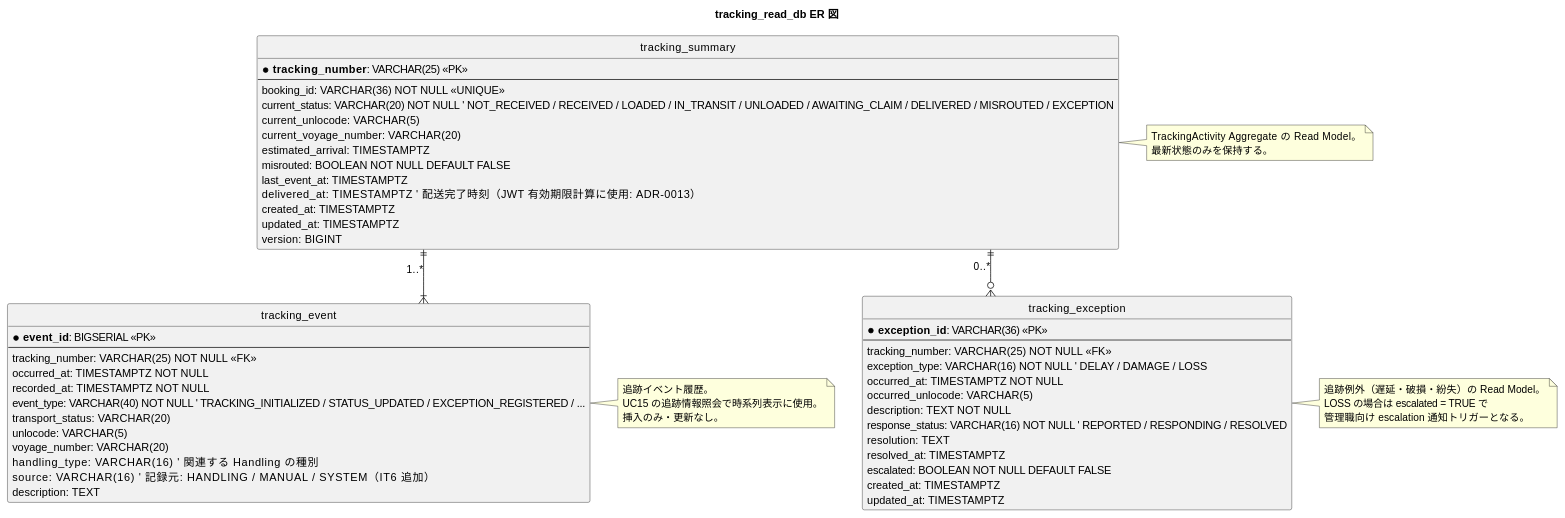
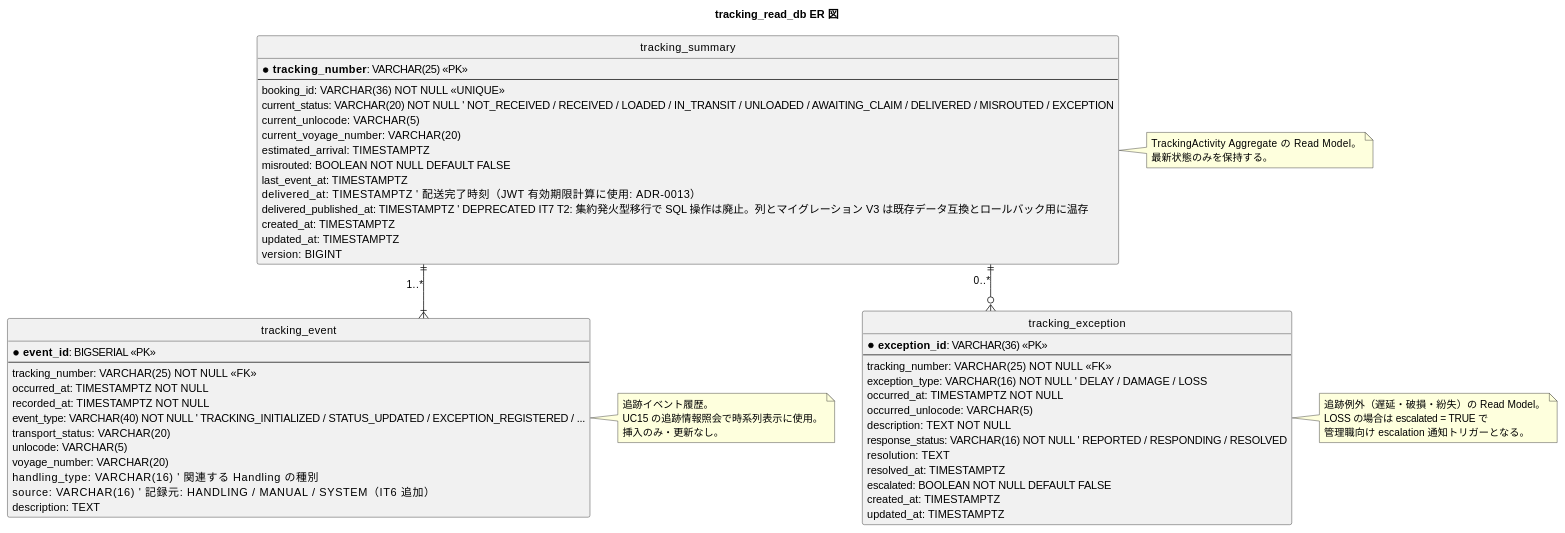
The fifth of 8 diagrams in docs/design/data-model.md (k2works/case-study-cargo-tracker), drawn with PlantUML before and after one commit. The commit also changed 3 other files, not shown here.

````diff
--- a/docs/design/data-model.md
+++ b/docs/design/data-model.md
@@ -526,75 +526,76 @@
 ```plantuml
 @startuml
 title tracking_read_db ER 図
 
 hide circle
 skinparam linetype ortho
 
 entity "tracking_summary" as ts {
   * **tracking_number**: VARCHAR(25) <<PK>>
   --
   booking_id: VARCHAR(36) NOT NULL <<UNIQUE>>
   current_status: VARCHAR(20) NOT NULL ' NOT_RECEIVED / RECEIVED / LOADED / IN_TRANSIT / UNLOADED / AWAITING_CLAIM / DELIVERED / MISROUTED / EXCEPTION
   current_unlocode: VARCHAR(5)
   current_voyage_number: VARCHAR(20)
   estimated_arrival: TIMESTAMPTZ
   misrouted: BOOLEAN NOT NULL DEFAULT FALSE
   last_event_at: TIMESTAMPTZ
   delivered_at: TIMESTAMPTZ          ' 配送完了時刻（JWT 有効期限計算に使用: ADR-0013）
+  delivered_published_at: TIMESTAMPTZ ' DEPRECATED IT7 T2: 集約発火型移行で SQL 操作は廃止。列とマイグレーション V3 は既存データ互換とロールバック用に温存
   created_at: TIMESTAMPTZ
   updated_at: TIMESTAMPTZ
   version: BIGINT
 }
 
 entity "tracking_event" as te {
   * **event_id**: BIGSERIAL <<PK>>
   --
   tracking_number: VARCHAR(25) NOT NULL <<FK>>
   occurred_at: TIMESTAMPTZ NOT NULL
   recorded_at: TIMESTAMPTZ NOT NULL
   event_type: VARCHAR(40) NOT NULL ' TRACKING_INITIALIZED / STATUS_UPDATED / EXCEPTION_REGISTERED / ...
   transport_status: VARCHAR(20)
   unlocode: VARCHAR(5)
   voyage_number: VARCHAR(20)
   handling_type: VARCHAR(16)         ' 関連する Handling の種別
   source: VARCHAR(16)                ' 記録元: HANDLING / MANUAL / SYSTEM（IT6 追加）
   description: TEXT
 }
 
 entity "tracking_exception" as ex {
   * **exception_id**: VARCHAR(36) <<PK>>
   --
   tracking_number: VARCHAR(25) NOT NULL <<FK>>
   exception_type: VARCHAR(16) NOT NULL ' DELAY / DAMAGE / LOSS
   occurred_at: TIMESTAMPTZ NOT NULL
   occurred_unlocode: VARCHAR(5)
   description: TEXT NOT NULL
   response_status: VARCHAR(16) NOT NULL ' REPORTED / RESPONDING / RESOLVED
   resolution: TEXT
   resolved_at: TIMESTAMPTZ
   escalated: BOOLEAN NOT NULL DEFAULT FALSE
   created_at: TIMESTAMPTZ
   updated_at: TIMESTAMPTZ
 }
 
 ts ||--|{ te : "1..*"
 ts ||--o{ ex : "0..*"
 
 note right of ts
   TrackingActivity Aggregate の Read Model。
   最新状態のみを保持する。
 end note
 
 note right of te
   追跡イベント履歴。
   UC15 の追跡情報照会で時系列表示に使用。
   挿入のみ・更新なし。
 end note
 
 note right of ex
   追跡例外（遅延・破損・紛失）の Read Model。
   LOSS の場合は escalated = TRUE で
   管理職向け escalation 通知トリガーとなる。
 end note
 @enduml
 ```
````
